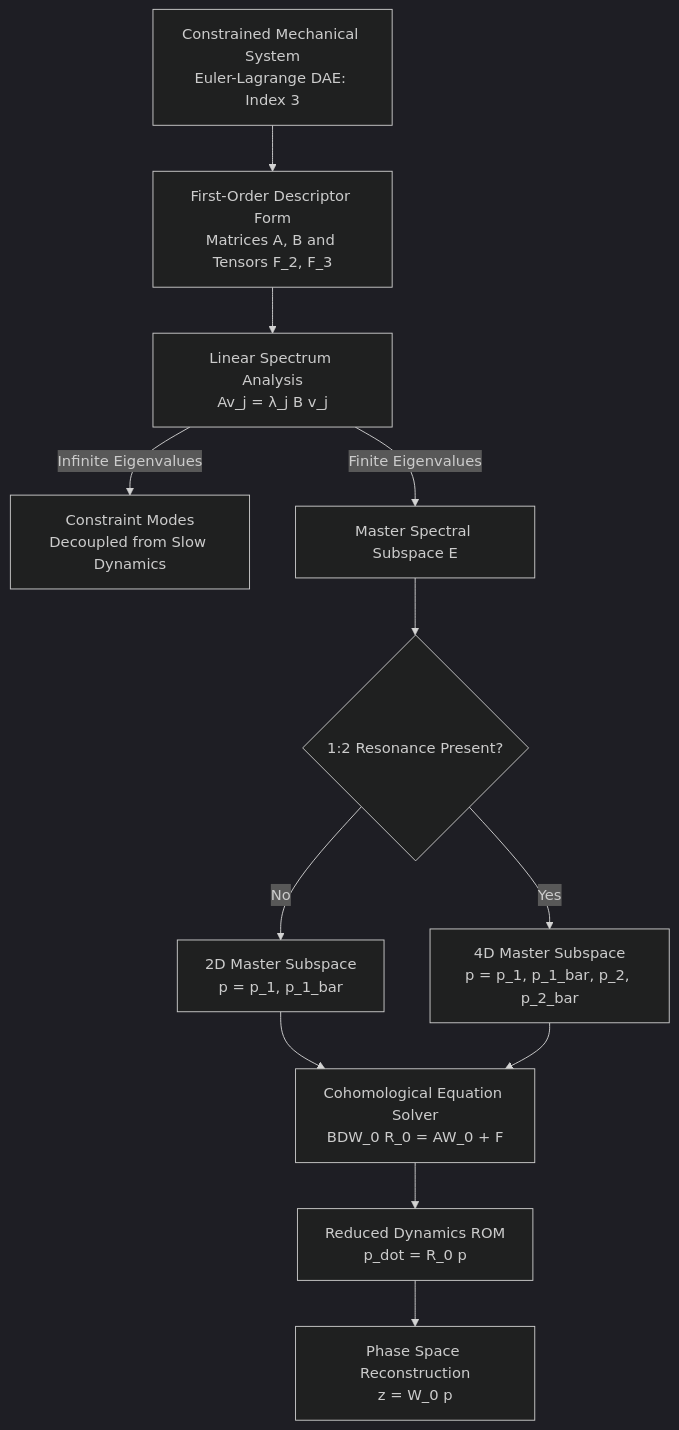
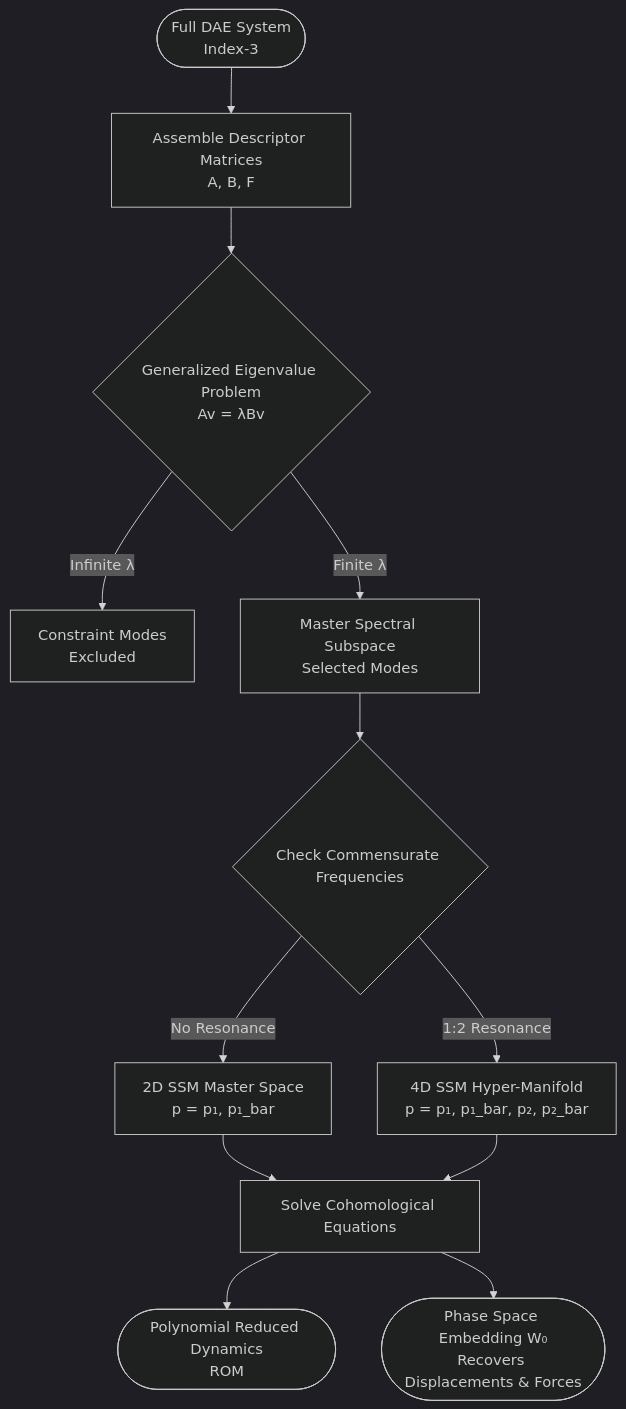
The diagram in README.md (nopour/Model-Reduction-of-Constrained-Mechanical-Systems-via-Spectral-Submanifolds), drawn with Mermaid (dark theme) before and after one commit. The commit also changed other lines of this file, not shown here.

````diff
--- a/README.md
+++ b/README.md
@@ -22,18 +30,18 @@
 ```mermaid
 graph TD
-    A[Constrained Mechanical System<br>Euler-Lagrange DAE: Index 3] --> B[First-Order Descriptor Form<br>Matrices A, B and Tensors F_2, F_3]
-    B --> C[Linear Spectrum Analysis<br>Av_j = λ_j B v_j]
+    A([Full DAE System<br/>Index-3]) --> B[Assemble Descriptor Matrices<br/>A, B, F]
+    B --> C{Generalized Eigenvalue Problem<br/>Av = λBv}
     
-    C -->|Infinite Eigenvalues| D[Constraint Modes<br>Decoupled from Slow Dynamics]
-    C -->|Finite Eigenvalues| E[Master Spectral Subspace E]
+    C -->|Infinite λ| D[Constraint Modes<br/>Excluded]
+    C -->|Finite λ| E[Master Spectral Subspace<br/>Selected Modes]
     
-    E --> F{1:2 Resonance Present?}
-    F -->|No| G[2D Master Subspace<br>p = p_1, p_1_bar]
-    F -->|Yes| H[4D Master Subspace<br>p = p_1, p_1_bar, p_2, p_2_bar]
+    E --> F{Check Commensurate Frequencies}
+    F -->|No Resonance| G[2D SSM Master Space<br/>p = p₁, p₁_bar]
+    F -->|1:2 Resonance| H[4D SSM Hyper-Manifold<br/>p = p₁, p₁_bar, p₂, p₂_bar]
     
-    G --> I[Cohomological Equation Solver<br>BDW_0 R_0 = AW_0 + F]
+    G --> I[Solve Cohomological Equations]
     H --> I
     
-    I --> J[Reduced Dynamics ROM<br>p_dot = R_0 p]
-    J --> K[Phase Space Reconstruction<br>z = W_0 p]
+    I --> J([Polynomial Reduced Dynamics<br/>ROM])
+    I --> K([Phase Space Embedding W₀<br/>Recovers Displacements & Forces])
 ```
````
